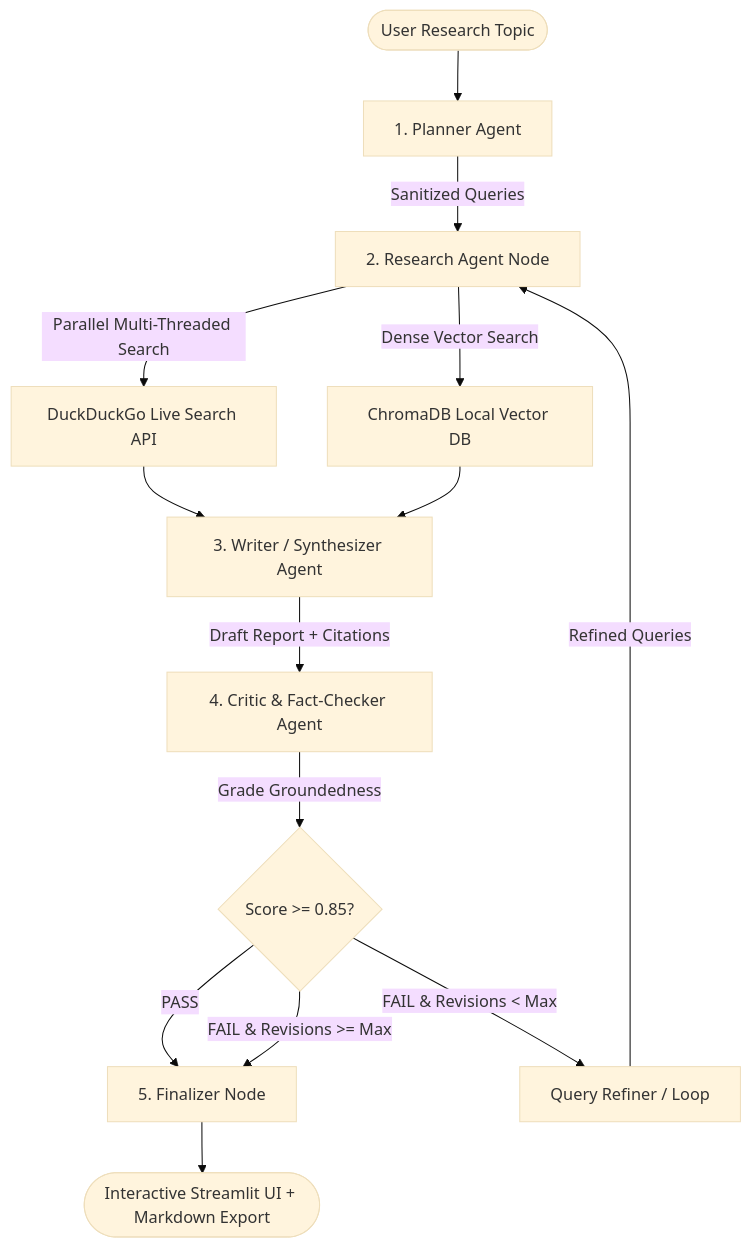
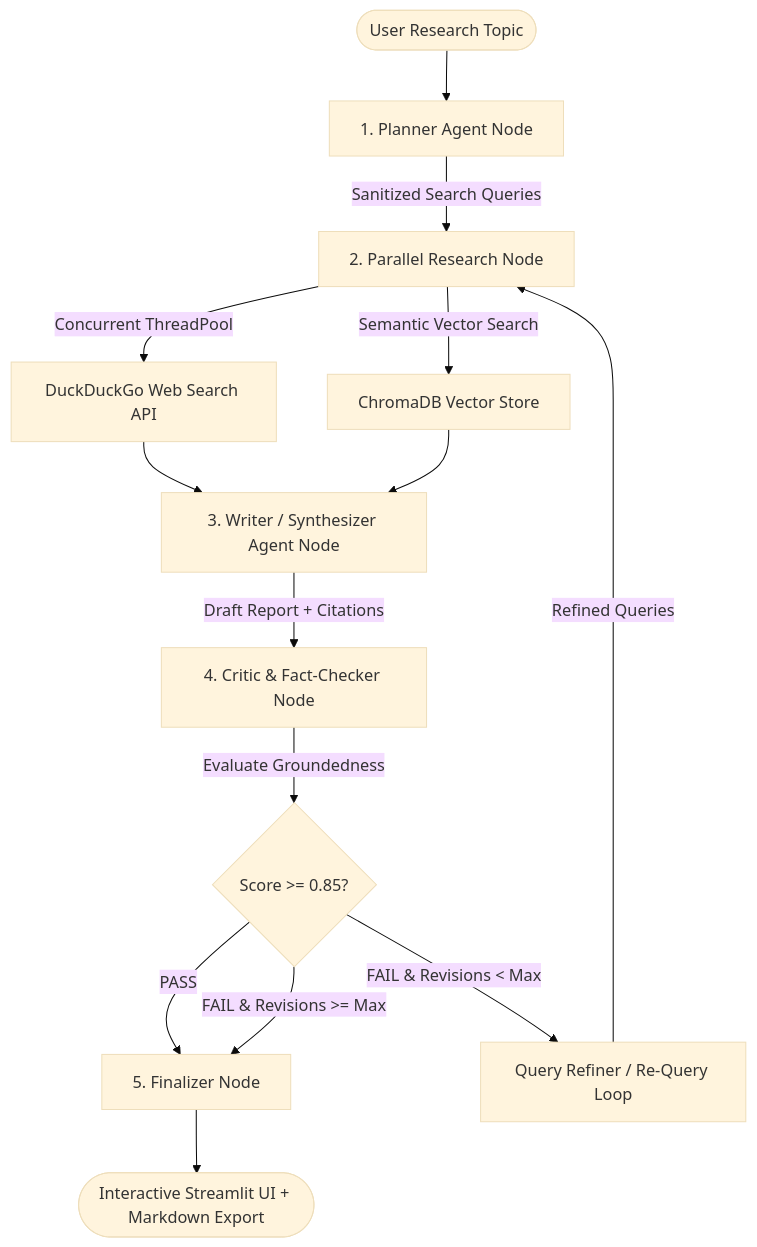
Before and after one commit to Dilshan118/Hands-On-RAG: the first of 2 diagrams in README.md, drawn with Mermaid (base theme). The commit also changed other lines of this file and 3 other files, not shown here.

Commit message:
docs: rephrase and professionalize documentation and architectural descriptions across project READMEs and tutorials.

````diff
--- a/README.md
+++ b/README.md
@@ -31,22 +35,22 @@
 ```mermaid
 graph TD
-    User([User Research Topic]) --> Planner[1. Planner Agent]
-    Planner -->|Sanitized Queries| Research[2. Research Agent Node]
+    User([User Research Topic]) --> Planner[1. Planner Agent Node]
+    Planner -->|Sanitized Search Queries| Research[2. Parallel Research Node]
     
-    Research -->|Parallel Multi-Threaded Search| DDG[DuckDuckGo Live Search API]
-    Research -->|Dense Vector Search| ChromaDB[ChromaDB Local Vector DB]
+    Research -->|Concurrent ThreadPool| DDG[DuckDuckGo Web Search API]
+    Research -->|Semantic Vector Search| ChromaDB[ChromaDB Vector Store]
     
-    DDG --> Writer[3. Writer / Synthesizer Agent]
+    DDG --> Writer[3. Writer / Synthesizer Agent Node]
     ChromaDB --> Writer
     
-    Writer -->|Draft Report + Citations| Critic[4. Critic & Fact-Checker Agent]
+    Writer -->|Draft Report + Citations| Critic[4. Critic & Fact-Checker Node]
     
-    Critic -->|Grade Groundedness| Evaluator{Score >= 0.85?}
+    Critic -->|Evaluate Groundedness| Evaluator{Score >= 0.85?}
     
     Evaluator -->|PASS| Finalizer[5. Finalizer Node]
-    Evaluator -->|FAIL & Revisions < Max| Refiner[Query Refiner / Loop]
+    Evaluator -->|FAIL & Revisions < Max| Refiner[Query Refiner / Re-Query Loop]
     Refiner -->|Refined Queries| Research
     Evaluator -->|FAIL & Revisions >= Max| Finalizer
     
     Finalizer --> Output([Interactive Streamlit UI + Markdown Export])
 ```
````
